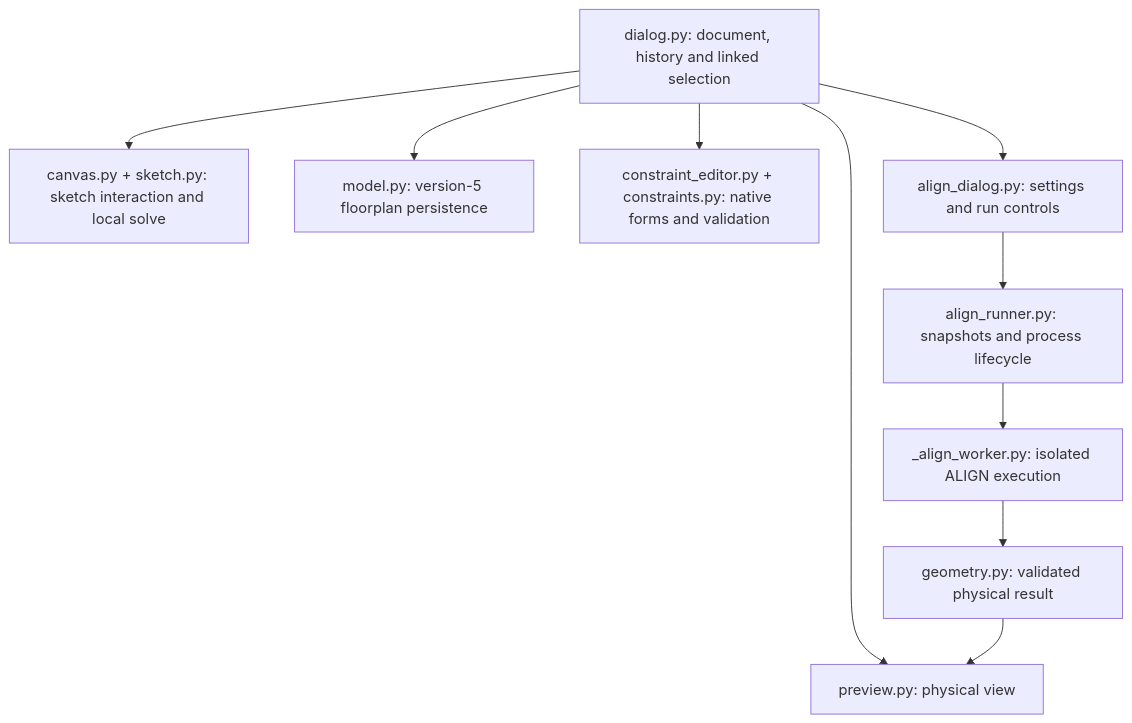
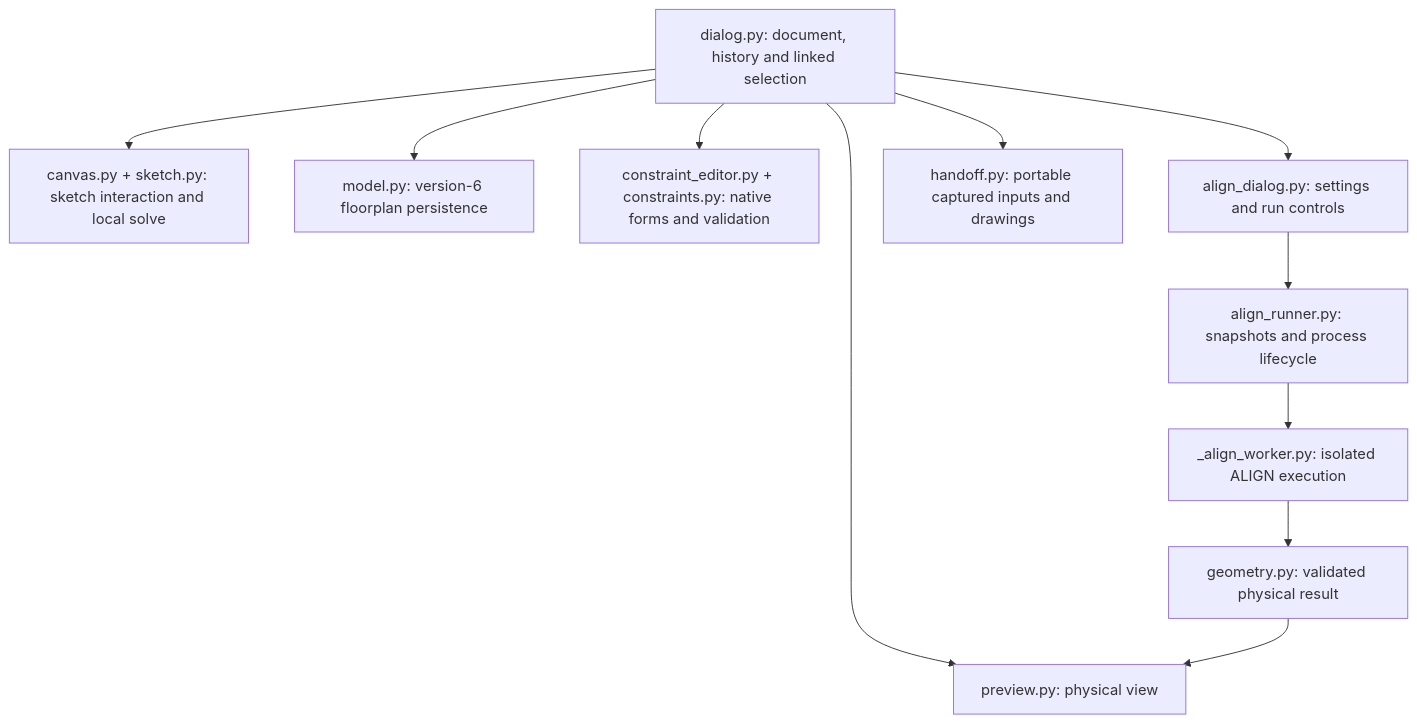
One commit to snease/roar changed the second of 2 diagrams in docs/FLOORPLANNING.md. Above: the diagram before and after it, drawn with Mermaid. The commit also changed other lines of this file and 35 other files, not shown here.

Commit message:
Harden floorplan workflows and add portable design handoffs

````diff
--- a/docs/FLOORPLANNING.md
+++ b/docs/FLOORPLANNING.md
@@ -498,13 +582,14 @@
 ```mermaid
 flowchart TB
     D[dialog.py: document, history and linked selection]
     D --> C[canvas.py + sketch.py: sketch interaction and local solve]
-    D --> M[model.py: version-5 floorplan persistence]
+    D --> M[model.py: version-6 floorplan persistence]
     D --> F[constraint_editor.py + constraints.py: native forms and validation]
     D --> P[preview.py: physical view]
     D --> A[align_dialog.py: settings and run controls]
     A --> R[align_runner.py: snapshots and process lifecycle]
     R --> W[_align_worker.py: isolated ALIGN execution]
     W --> G[geometry.py: validated physical result]
     G --> P
+    D --> H[handoff.py: portable captured inputs and drawings]
 ```
````
